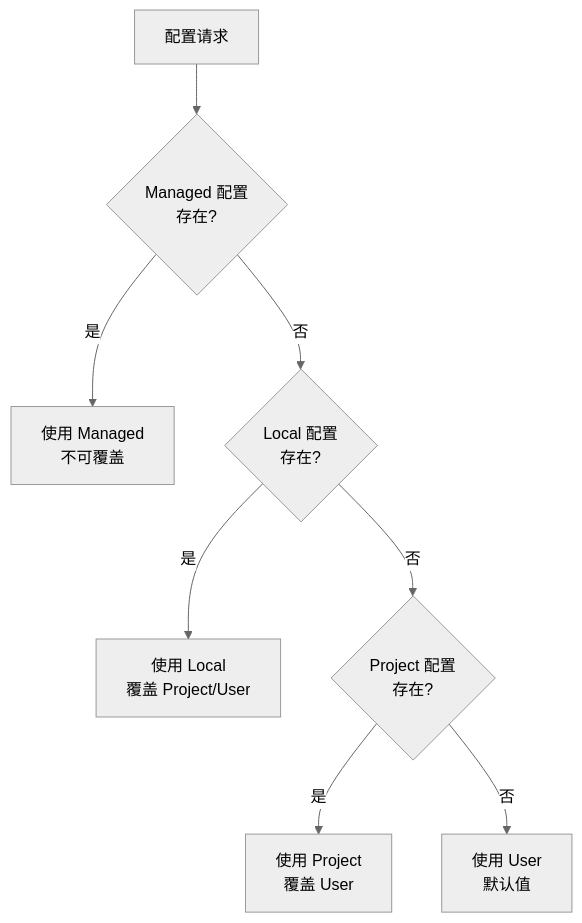
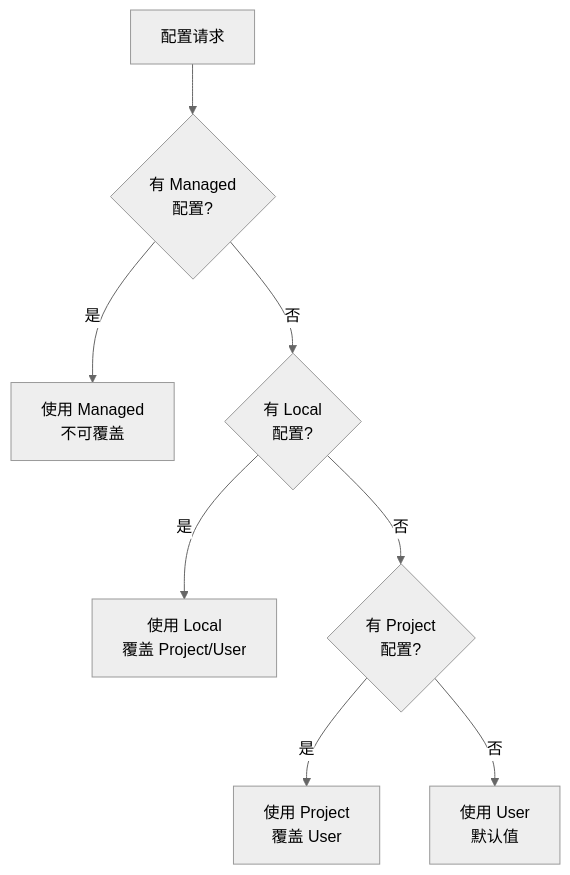
One commit to modu-ai/moai-adk changed the first of 2 diagrams in docs-site/content/zh/advanced/settings-json.md. Above: the diagram before and after it, drawn with Mermaid (neutral theme). The commit also changed other lines of this file and 395 other files, not shown here.

````diff
--- a/docs-site/content/zh/advanced/settings-json.md
+++ b/docs-site/content/zh/advanced/settings-json.md
@@ -30,10 +30,10 @@
 ```mermaid
 flowchart TD
-    A["配置请求"] --> B{Managed 配置<br>存在?}
-    B -->|是| C["使用 Managed<br>不可覆盖"]
-    B -->|否| D{Local 配置<br>存在?}
-    D -->|是| E["使用 Local<br>覆盖 Project/User"]
-    D -->|否| F{Project 配置<br>存在?}
-    F -->|是| G["使用 Project<br>覆盖 User"]
-    F -->|否| H["使用 User<br>默认值"]
+    A[配置请求] --> B{有 Managed<br>配置?}
+    B -->|是| C[使用 Managed<br>不可覆盖]
+    B -->|否| D{有 Local<br>配置?}
+    D -->|是| E[使用 Local<br>覆盖 Project/User]
+    D -->|否| F{有 Project<br>配置?}
+    F -->|是| G[使用 Project<br>覆盖 User]
+    F -->|否| H[使用 User<br>默认值]
 ```
````
